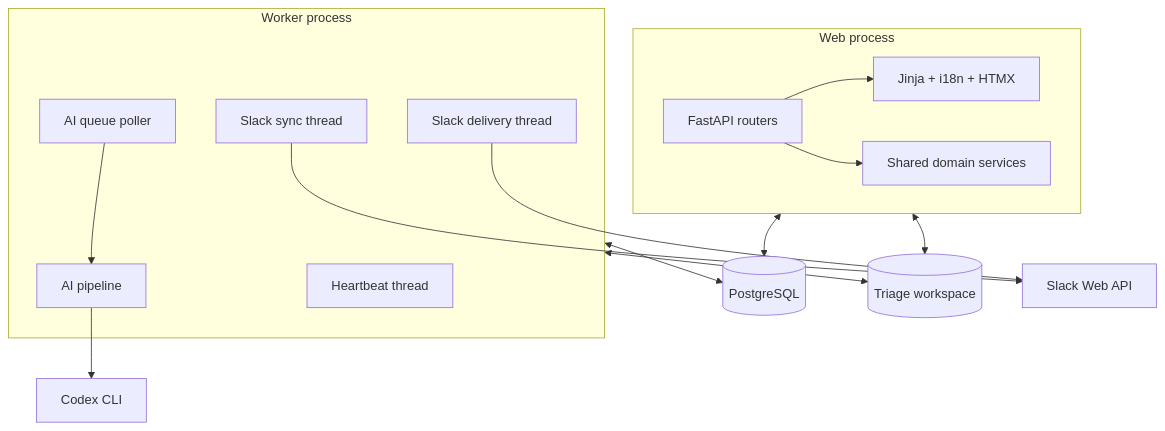
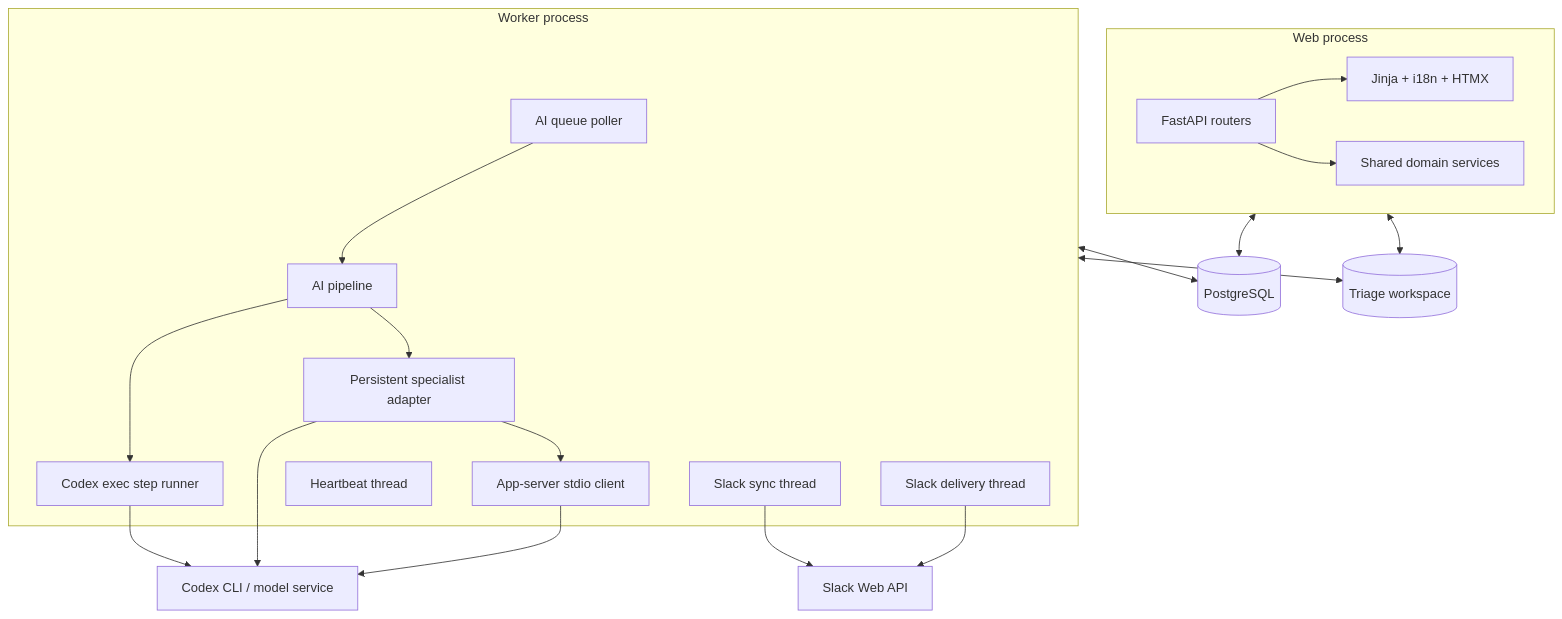
One commit to mrauter1/AutoSac changed the diagram in architecture/diagrams/runtime-containers.mmd. Above: the diagram before and after it, drawn with Mermaid. The commit also changed 42 other files, not shown here.

Commit message:
Implement persistent Codex active-turn steering

```diff
--- a/architecture/diagrams/runtime-containers.mmd
+++ b/architecture/diagrams/runtime-containers.mmd
@@ -1,27 +1,35 @@
 flowchart TB
     subgraph WEB[Web process]
       ROUTES[FastAPI routers]
       UI[Jinja + i18n + HTMX]
       DOMAIN[Shared domain services]
       ROUTES --> UI
       ROUTES --> DOMAIN
     end
     subgraph WORKER[Worker process]
       POLL[AI queue poller]
       PIPE[AI pipeline]
+      EXEC[Codex exec step runner]
+      PERSIST[Persistent specialist adapter]
+      APP_SERVER[App-server stdio client]
       HEART[Heartbeat thread]
       SYNC[Slack sync thread]
       DELIVERY[Slack delivery thread]
       POLL --> PIPE
+      PIPE --> EXEC
+      PIPE --> PERSIST
+      PERSIST --> APP_SERVER
     end
     DB[(PostgreSQL)]
     FS[(Triage workspace)]
-    CODEX[Codex CLI]
+    CODEX[Codex CLI / model service]
     SLACK[Slack Web API]
     WEB <--> DB
     WEB <--> FS
     WORKER <--> DB
     WORKER <--> FS
-    PIPE --> CODEX
+    EXEC --> CODEX
+    PERSIST --> CODEX
+    APP_SERVER --> CODEX
     SYNC --> SLACK
     DELIVERY --> SLACK
```
